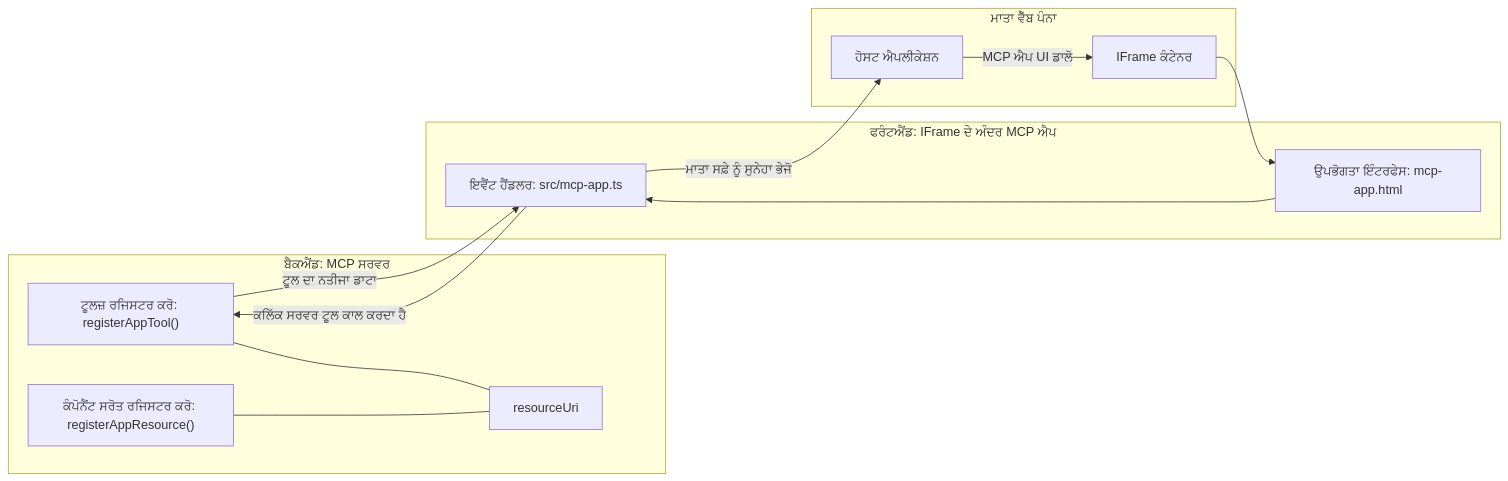
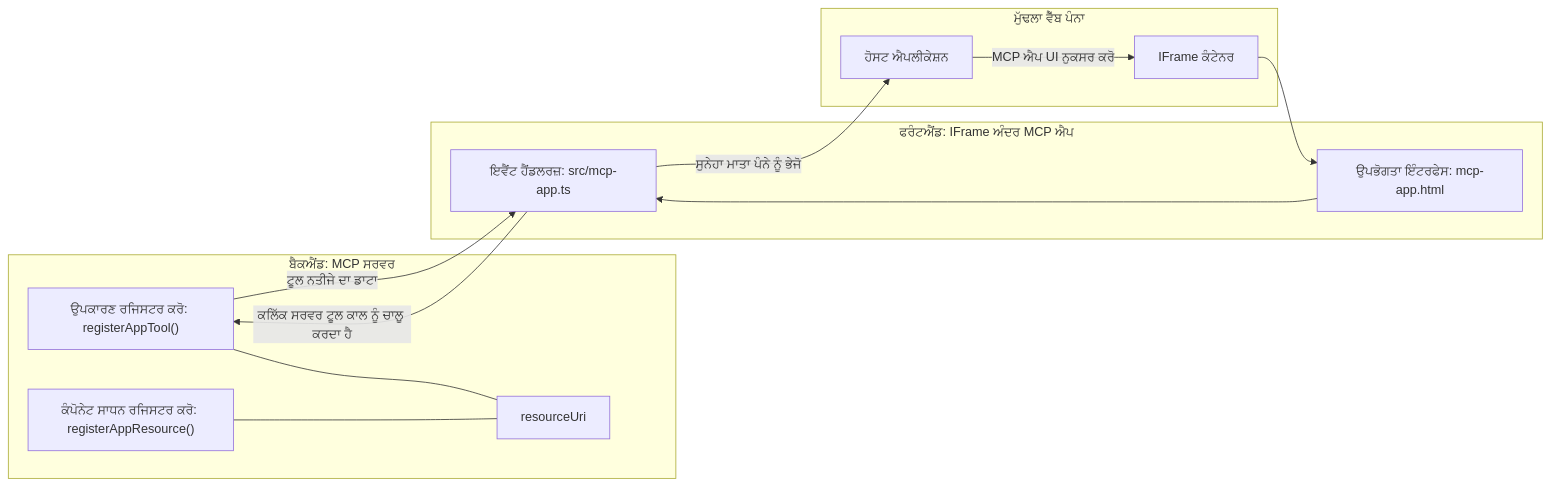
Before and after one commit to HIDORAKAI002/ai-workspace-archive: the diagram in mcp_ecosystem__model_context_protocol/mcp_learning_resources/mcp-for-beginners/translations/pa/03-GettingStarted/15-mcp-apps/README.md, drawn with Mermaid. The commit also changed other lines of this file and 1160 other files, not shown here.

````diff
--- a/mcp_ecosystem__model_context_protocol/mcp_learning_resources/mcp-for-beginners/translations/pa/03-GettingStarted/15-mcp-apps/README.md
+++ b/mcp_ecosystem__model_context_protocol/mcp_learning_resources/mcp-for-beginners/translations/pa/03-GettingStarted/15-mcp-apps/README.md
@@ -32,27 +32,27 @@
 ```mermaid
 flowchart LR
   subgraph Backend[ਬੈਕਐਂਡ: MCP ਸਰਵਰ]
-    T["ਟੂਲਜ਼ ਰਜਿਸਟਰ ਕਰੋ: registerAppTool()"]
-    C["ਕੰਪੋਨੈਂਟ ਸਰੋਤ ਰਜਿਸਟਰ ਕਰੋ: registerAppResource()"]
+    T["ਉਪਕਾਰਣ ਰਜਿਸਟਰ ਕਰੋ: registerAppTool()"]
+    C["ਕੰਪੋਨੇਟ ਸਾਧਨ ਰਜਿਸਟਰ ਕਰੋ: registerAppResource()"]
     U[resourceUri]
     T --- U
     C --- U
   end
 
-  subgraph Parent[ਮਾਤਾ ਵੈੱਬ ਪੰਨਾ]
+  subgraph Parent[ਮੁੱਢਲਾ ਵੈੱਬ ਪੰਨਾ]
     H[ਹੋਸਟ ਐਪਲੀਕੇਸ਼ਨ]
     IFRAME[IFrame ਕੰਟੇਨਰ]
-    H -->|MCP ਐਪ UI ਡਾਲੋ| IFRAME
+    H -->|MCP ਐਪ UI ਨੁਕਸਰ ਕਰੋ| IFRAME
   end
 
-  subgraph Frontend[ਫਰੰਟਐਂਡ: IFrame ਦੇ ਅੰਦਰ MCP ਐਪ]
+  subgraph Frontend[ਫਰੰਟਐਂਡ: IFrame ਅੰਦਰ MCP ਐਪ]
     UI["ਉਪਭੋਗਤਾ ਇੰਟਰਫੇਸ: mcp-app.html"]
-    EH["ਇਵੈਂਟ ਹੈਂਡਲਰ: src/mcp-app.ts"]
+    EH["ਇਵੈਂਟ ਹੈਂਡਲਰਜ਼: src/mcp-app.ts"]
     UI --> EH
   end
 
   IFRAME --> UI
-  EH -->|ਕਲਿੱਕ ਸਰਵਰ ਟੂਲ ਕਾਲ ਕਰਦਾ ਹੈ| T
-  T -->|ਟੂਲ ਦਾ ਨਤੀਜਾ ਡਾਟਾ| EH
-  EH -->|ਮਾਤਾ ਸਫ਼ੇ ਨੂੰ ਸੁਨੇਹਾ ਭੇਜੋ| H
+  EH -->|ਕਲਿੱਕ ਸਰਵਰ ਟੂਲ ਕਾਲ ਨੂੰ ਚਾਲੂ ਕਰਦਾ ਹੈ| T
+  T -->|ਟੂਲ ਨਤੀਜੇ ਦਾ ਡਾਟਾ| EH
+  EH -->|ਸੁਨੇਹਾ ਮਾਤਾ ਪੰਨੇ ਨੂੰ ਭੇਜੋ| H
 ```
````
